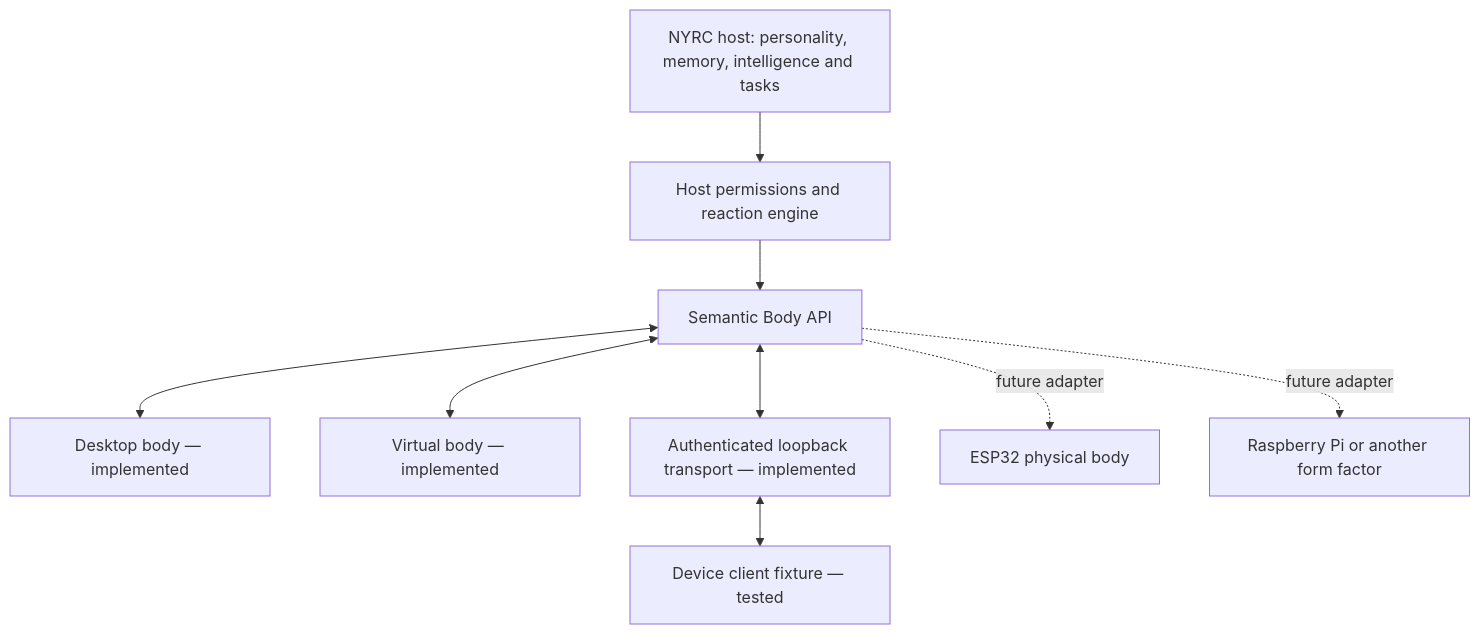
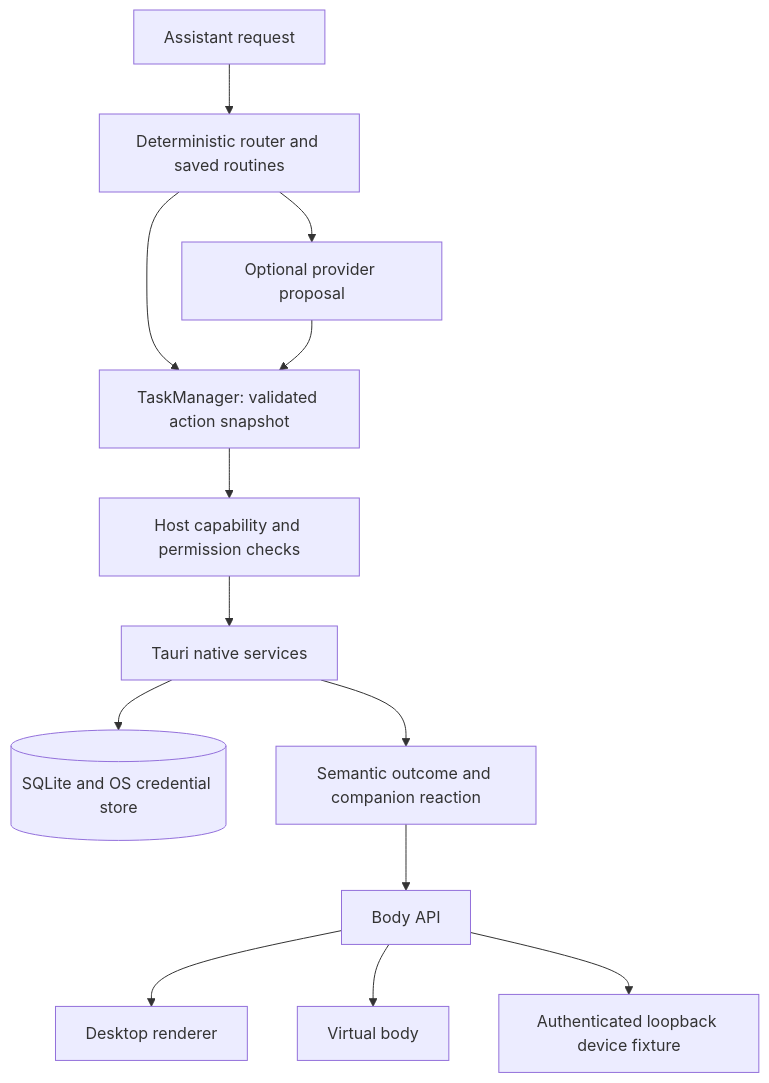
One commit to akilanpl/NotYourRegularCompanian-NYRC- changed the diagram in README.md. Above: the diagram before and after it, drawn with Mermaid. The commit also changed other lines of this file, not shown here.

Commit message:
docs: clarify architecture, evidence and reproducibility

````diff
--- a/README.md
+++ b/README.md
@@ -42,12 +42,15 @@
 ```mermaid
 flowchart TD
-    Core[NYRC host: personality, memory, intelligence and tasks]
-    Core --> Authority[Host permissions and reaction engine]
-    Authority --> API[Semantic Body API]
-    API <--> Desktop[Desktop body — implemented]
-    API <--> Virtual[Virtual body — implemented]
-    API <--> Transport[Authenticated loopback transport — implemented]
-    Transport <--> Fixture[Device client fixture — tested]
-    API -. future adapter .-> ESP[ESP32 physical body]
-    API -. future adapter .-> Pi[Raspberry Pi or another form factor]
+    Request[Assistant request] --> Router[Deterministic router and saved routines]
+    Router --> Tasks[TaskManager: validated action snapshot]
+    Router --> Provider[Optional provider proposal]
+    Provider --> Tasks
+    Tasks --> Permission[Host capability and permission checks]
+    Permission --> Native[Tauri native services]
+    Native --> Store[(SQLite and OS credential store)]
+    Native --> Reaction[Semantic outcome and companion reaction]
+    Reaction --> Body[Body API]
+    Body --> Desktop[Desktop renderer]
+    Body --> Virtual[Virtual body]
+    Body --> Loopback[Authenticated loopback device fixture]
 ```
````
